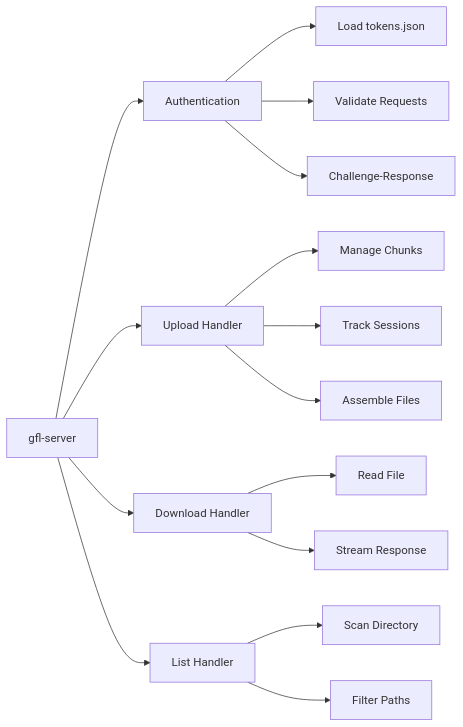
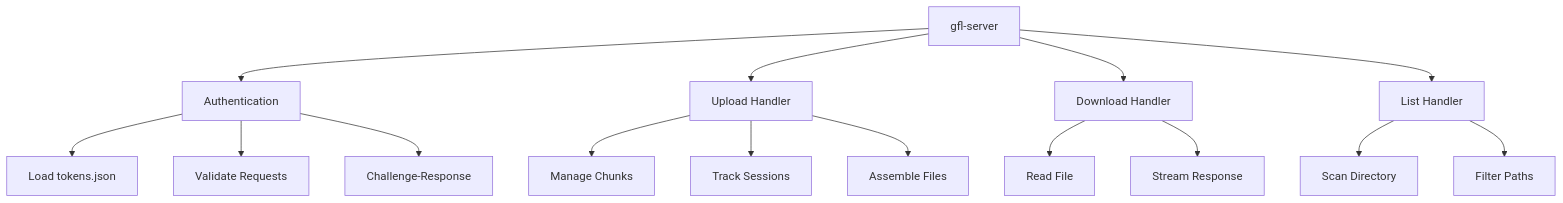
Before and after one commit to 0xRepo-Source/goflux-lite: the sixth of 8 diagrams in docs/architecture.md, drawn with Mermaid. The commit also changed other lines of this file, not shown here.

First line of the commit message:
Update architecture diagrams to use TD direction

````diff
--- a/docs/architecture.md
+++ b/docs/architecture.md
@@ -157,21 +158,21 @@
 ```mermaid
-flowchart LR
-    Server[gfl-server] --> Auth[Authentication]
-    Server --> Upload[Upload Handler]
-    Server --> Download[Download Handler]
-    Server --> List[List Handler]
+flowchart TD
+    Server["gfl-server"] --> Auth["Authentication"]
+    Server --> Upload["Upload Handler"]
+    Server --> Download["Download Handler"]
+    Server --> ListOp["List Handler"]
     
-    Auth --> LoadTokens[Load tokens.json]
-    Auth --> ValidateReq[Validate Requests]
-    Auth --> Challenge[Challenge-Response]
+    Auth --> LoadTokens["Load tokens.json"]
+    Auth --> ValidateReq["Validate Requests"]
+    Auth --> Challenge["Challenge-Response"]
     
-    Upload --> Chunks[Manage Chunks]
-    Upload --> Sessions[Track Sessions]
-    Upload --> Assemble[Assemble Files]
+    Upload --> Chunks["Manage Chunks"]
+    Upload --> Sessions["Track Sessions"]
+    Upload --> Assemble["Assemble Files"]
     
-    Download --> ReadFile[Read File]
-    Download --> Stream[Stream Response]
+    Download --> ReadFile["Read File"]
+    Download --> Stream["Stream Response"]
     
-    List --> ScanDir[Scan Directory]
-    List --> FilterPaths[Filter Paths]
+    ListOp --> ScanDir["Scan Directory"]
+    ListOp --> FilterPaths["Filter Paths"]
 ```
````
